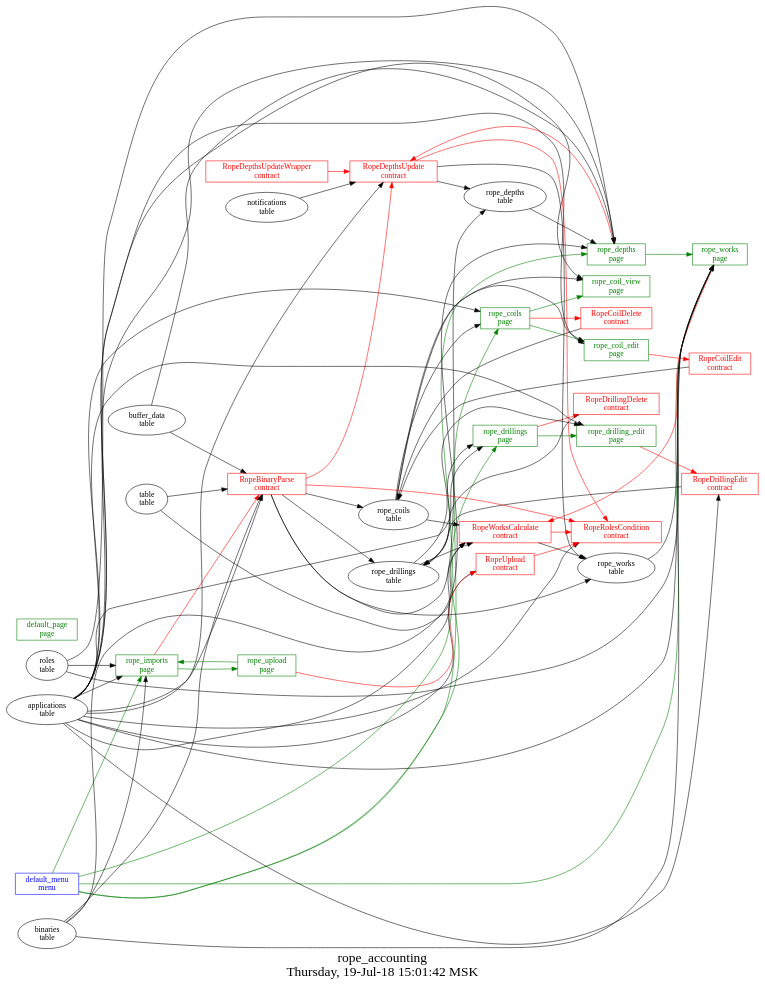
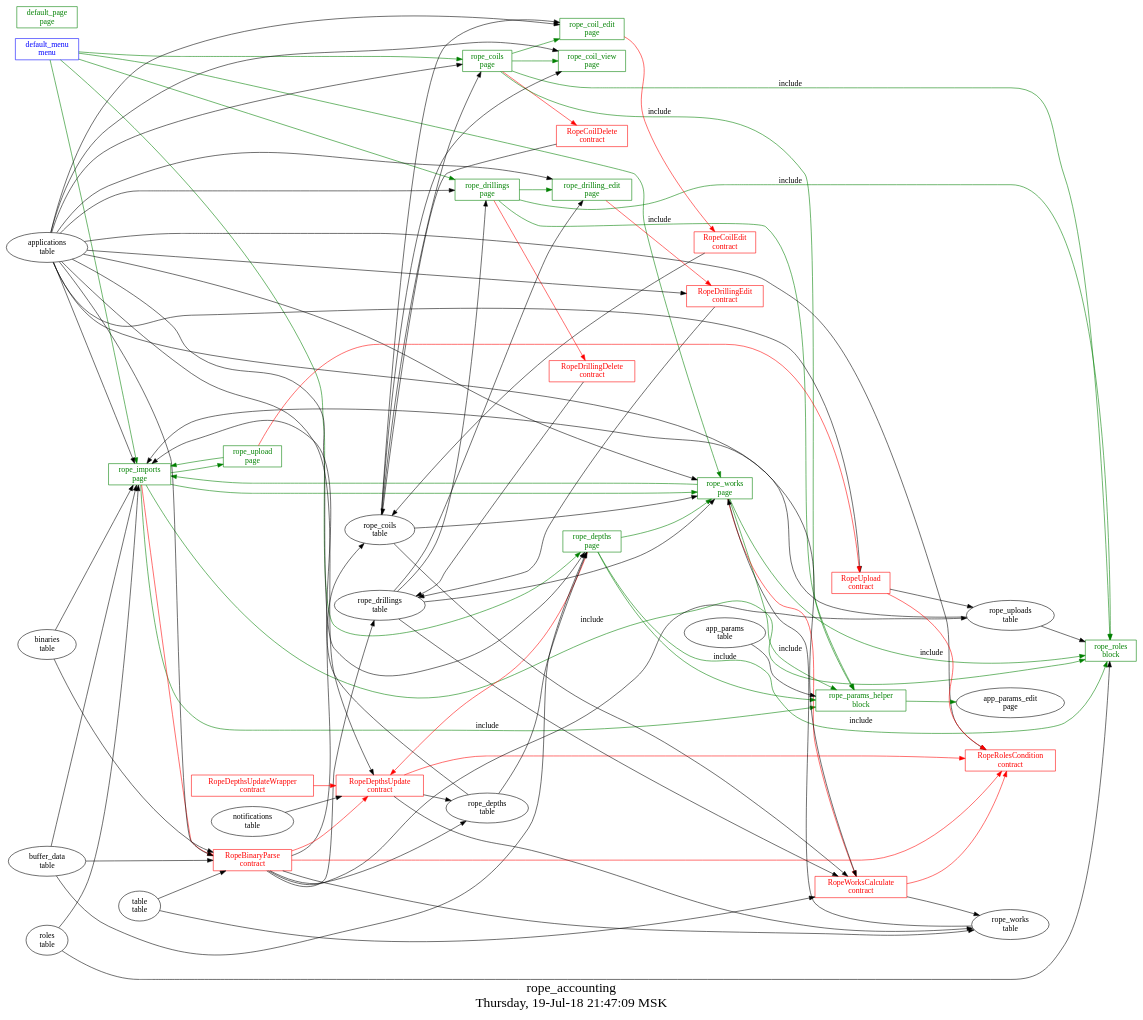
One commit to AplaProject/apps changed the diagram in src/rope_accounting/struct.dot. Above: the diagram before and after it, drawn with Graphviz. The commit also changed 19 other files, not shown here.

```diff
--- a/src/rope_accounting/struct.dot
+++ b/src/rope_accounting/struct.dot
@@ -1,106 +1,128 @@
 digraph G {
 graph [
   fontsize="24";
-  label="rope_accounting\nThursday, 19-Jul-18 15:01:42 MSK";
+  label="rope_accounting\nThursday, 19-Jul-18 21:47:09 MSK";
   nojustify=true;
   ordering=out;
   rankdir=LR;
   size="30";
 ];
 "default_menu\nmenu" -> "rope_imports\npage"  [ color=green ]
 "default_menu\nmenu" -> "rope_works\npage"  [ color=green ]
 "default_menu\nmenu" -> "rope_depths\npage"  [ color=green ]
 "default_menu\nmenu" -> "rope_drillings\npage"  [ color=green ]
 "default_menu\nmenu" -> "rope_coils\npage"  [ color=green ]
 "default_menu\nmenu" [color=blue, fontcolor=blue, group=menus, shape=record];
 "default_page\npage" [color=green, fontcolor=green, group=pages, shape=record];
 "rope_coil_edit\npage" -> "RopeCoilEdit\ncontract"  [ color=red ]
 "applications\ntable" -> "rope_coil_edit\npage"
 "rope_coils\ntable" -> "rope_coil_edit\npage"
 "rope_coil_edit\npage" [color=green, fontcolor=green, group=pages, shape=record];
 "applications\ntable" -> "rope_coil_view\npage"
 "rope_coils\ntable" -> "rope_coil_view\npage"
 "rope_coil_view\npage" [color=green, fontcolor=green, group=pages, shape=record];
 "rope_coils\npage" -> "RopeCoilDelete\ncontract"  [ color=red ]
 "applications\ntable" -> "rope_coils\npage"
 "rope_coils\ntable" -> "rope_coils\npage"
 "rope_coils\npage" -> "rope_coil_edit\npage"  [ color=green ]
 "rope_coils\npage" -> "rope_coil_view\npage"  [ color=green ]
+"rope_coils\npage" -> "rope_roles\nblock"  [ color=green, label=include ]
+"rope_coils\npage" -> "rope_params_helper\nblock"  [ color=green, label=include ]
 "rope_coils\npage" [color=green, fontcolor=green, group=pages, shape=record];
 "rope_depths\npage" -> "RopeDepthsUpdate\ncontract"  [ color=red ]
 "applications\ntable" -> "rope_depths\npage"
 "rope_depths\ntable" -> "rope_depths\npage"
-"roles\ntable" -> "rope_depths\npage"
-"binaries\ntable" -> "rope_depths\npage"
 "buffer_data\ntable" -> "rope_depths\npage"
 "rope_depths\npage" -> "rope_works\npage"  [ color=green ]
+"rope_depths\npage" -> "rope_roles\nblock"  [ color=green, label=include ]
+"rope_depths\npage" -> "rope_params_helper\nblock"  [ color=green, label=include ]
 "rope_depths\npage" [color=green, fontcolor=green, group=pages, shape=record];
 "rope_drilling_edit\npage" -> "RopeDrillingEdit\ncontract"  [ color=red ]
 "applications\ntable" -> "rope_drilling_edit\npage"
 "rope_drillings\ntable" -> "rope_drilling_edit\npage"
 "rope_drilling_edit\npage" [color=green, fontcolor=green, group=pages, shape=record];
 "rope_drillings\npage" -> "RopeDrillingDelete\ncontract"  [ color=red ]
 "applications\ntable" -> "rope_drillings\npage"
 "rope_drillings\ntable" -> "rope_drillings\npage"
 "rope_drillings\npage" -> "rope_drilling_edit\npage"  [ color=green ]
+"rope_drillings\npage" -> "rope_roles\nblock"  [ color=green, label=include ]
+"rope_drillings\npage" -> "rope_params_helper\nblock"  [ color=green, label=include ]
 "rope_drillings\npage" [color=green, fontcolor=green, group=pages, shape=record];
 "rope_imports\npage" -> "RopeBinaryParse\ncontract"  [ color=red ]
 "applications\ntable" -> "rope_imports\npage"
 "roles\ntable" -> "rope_imports\npage"
+"rope_uploads\ntable" -> "rope_imports\npage"
 "binaries\ntable" -> "rope_imports\npage"
+"rope_depths\ntable" -> "rope_imports\npage"
+"buffer_data\ntable" -> "rope_imports\npage"
 "rope_imports\npage" -> "rope_upload\npage"  [ color=green ]
+"rope_imports\npage" -> "rope_works\npage"  [ color=green ]
+"rope_imports\npage" -> "rope_roles\nblock"  [ color=green, label=include ]
+"rope_imports\npage" -> "rope_params_helper\nblock"  [ color=green, label=include ]
 "rope_imports\npage" [color=green, fontcolor=green, group=pages, shape=record];
 "rope_upload\npage" -> "RopeUpload\ncontract"  [ color=red ]
 "rope_upload\npage" -> "rope_imports\npage"  [ color=green ]
 "rope_upload\npage" [color=green, fontcolor=green, group=pages, shape=record];
 "rope_works\npage" -> "RopeWorksCalculate\ncontract"  [ color=red ]
 "applications\ntable" -> "rope_works\npage"
 "rope_works\ntable" -> "rope_works\npage"
-"roles\ntable" -> "rope_works\npage"
-"binaries\ntable" -> "rope_works\npage"
+"rope_drillings\ntable" -> "rope_works\npage"
+"rope_coils\ntable" -> "rope_works\npage"
+"rope_works\npage" -> "rope_imports\npage"  [ color=green ]
+"rope_works\npage" -> "rope_roles\nblock"  [ color=green, label=include ]
+"rope_works\npage" -> "rope_params_helper\nblock"  [ color=green, label=include ]
 "rope_works\npage" [color=green, fontcolor=green, group=pages, shape=record];
+"app_params\ntable" -> "rope_params_helper\nblock"
+"rope_params_helper\nblock" -> "app_params_edit\npage"  [ color=green ]
+"rope_params_helper\nblock" [color=green, fontcolor=green, group=blocks, shape=record];
+"roles\ntable" -> "rope_roles\nblock"
+"rope_uploads\ntable" -> "rope_roles\nblock"
+"rope_roles\nblock" [color=green, fontcolor=green, group=blocks, shape=record];
 "RopeBinaryParse\ncontract" -> "RopeDepthsUpdate\ncontract"  [ color=red ]
 "RopeBinaryParse\ncontract" -> "RopeRolesCondition\ncontract"  [ color=red ]
 "RopeBinaryParse\ncontract" -> "rope_coils\ntable"  [ color="" ]
 "RopeBinaryParse\ncontract" -> "rope_drillings\ntable"  [ color="" ]
 "RopeBinaryParse\ncontract" -> "rope_works\ntable"  [ color="" ]
 "RopeBinaryParse\ncontract" -> "rope_depths\ntable"  [ color="" ]
+"RopeBinaryParse\ncontract" -> "rope_uploads\ntable"  [ color="" ]
 "table\ntable" -> "RopeBinaryParse\ncontract"
 "buffer_data\ntable" -> "RopeBinaryParse\ncontract"
 "binaries\ntable" -> "RopeBinaryParse\ncontract"
 "applications\ntable" -> "RopeBinaryParse\ncontract"
 "RopeBinaryParse\ncontract" [color=red, fontcolor=red, group=contracts, shape=record];
 "RopeCoilDelete\ncontract" -> "rope_coils\ntable"  [ color="" ]
 "RopeCoilDelete\ncontract" [color=red, fontcolor=red, group=contracts, shape=record];
 "RopeCoilEdit\ncontract" -> "rope_coils\ntable"  [ color="" ]
 "RopeCoilEdit\ncontract" [color=red, fontcolor=red, group=contracts, shape=record];
 "RopeDepthsUpdate\ncontract" -> "RopeRolesCondition\ncontract"  [ color=red ]
 "RopeDepthsUpdate\ncontract" -> "rope_works\ntable"  [ color="" ]
 "RopeDepthsUpdate\ncontract" -> "rope_depths\ntable"  [ color="" ]
 "notifications\ntable" -> "RopeDepthsUpdate\ncontract"
 "applications\ntable" -> "RopeDepthsUpdate\ncontract"
 "RopeDepthsUpdate\ncontract" [color=red, fontcolor=red, group=contracts, shape=record];
 "RopeDepthsUpdateWrapper\ncontract" -> "RopeDepthsUpdate\ncontract"  [ color=red ]
 "RopeDepthsUpdateWrapper\ncontract" [color=red, fontcolor=red, group=contracts, shape=record];
 "RopeDrillingDelete\ncontract" -> "rope_drillings\ntable"  [ color="" ]
 "RopeDrillingDelete\ncontract" [color=red, fontcolor=red, group=contracts, shape=record];
 "RopeDrillingEdit\ncontract" -> "rope_drillings\ntable"  [ color="" ]
 "applications\ntable" -> "RopeDrillingEdit\ncontract"
 "RopeDrillingEdit\ncontract" [color=red, fontcolor=red, group=contracts, shape=record];
 "applications\ntable" -> "RopeRolesCondition\ncontract"
 "RopeRolesCondition\ncontract" [color=red, fontcolor=red, group=contracts, shape=record];
 "RopeUpload\ncontract" -> "RopeRolesCondition\ncontract"  [ color=red ]
+"RopeUpload\ncontract" -> "rope_uploads\ntable"  [ color="" ]
 "applications\ntable" -> "RopeUpload\ncontract"
 "RopeUpload\ncontract" [color=red, fontcolor=red, group=contracts, shape=record];
 "RopeWorksCalculate\ncontract" -> "RopeRolesCondition\ncontract"  [ color=red ]
 "RopeWorksCalculate\ncontract" -> "rope_works\ntable"  [ color="" ]
 "table\ntable" -> "RopeWorksCalculate\ncontract"
 "applications\ntable" -> "RopeWorksCalculate\ncontract"
 "rope_coils\ntable" -> "RopeWorksCalculate\ncontract"
 "rope_drillings\ntable" -> "RopeWorksCalculate\ncontract"
 "RopeWorksCalculate\ncontract" [color=red, fontcolor=red, group=contracts, shape=record];
 "rope_coils\ntable" [color="", fontcolor="", group=tables, shape=""];
 "rope_depths\ntable" [color="", fontcolor="", group=tables, shape=""];
 "rope_drillings\ntable" [color="", fontcolor="", group=tables, shape=""];
+"rope_uploads\ntable" [color="", fontcolor="", group=tables, shape=""];
 "rope_works\ntable" [color="", fontcolor="", group=tables, shape=""];
 }
```
